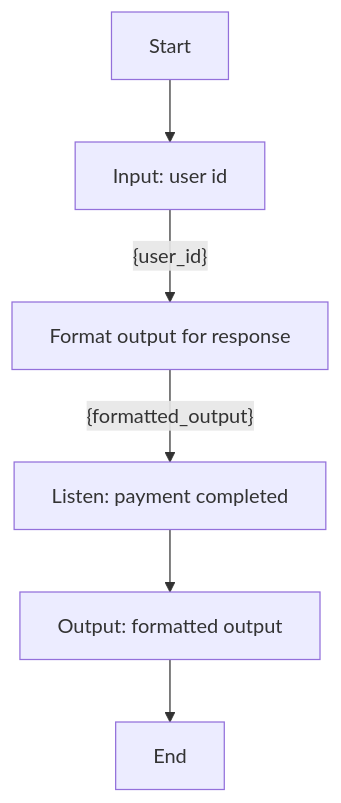
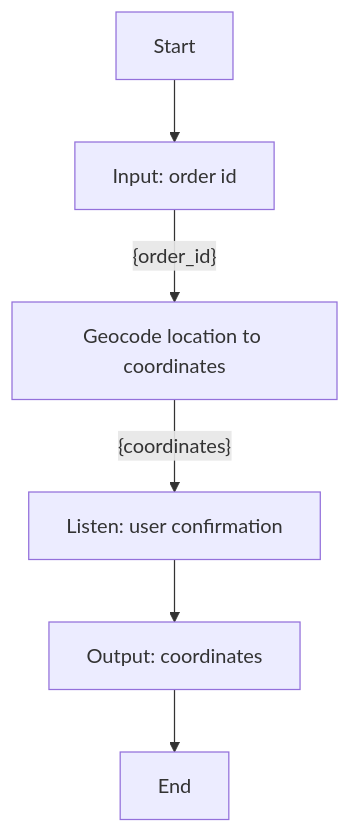
The diagram in poc-dsl-compiler/input/workflows/workflow_8.md (YJ-928/Temporal-Python-SDK), drawn with Mermaid before and after one commit. The commit also changed 52 other files, not shown here.

````diff
--- a/poc-dsl-compiler/input/workflows/workflow_8.md
+++ b/poc-dsl-compiler/input/workflows/workflow_8.md
@@ -1,8 +1,8 @@
 ```mermaid
 graph TD
-    A[Start] --> B[Input: user id]
-    B[Input: user id] -- {user_id} --> C[Format output for response]
-    C[Format output for response] -- {formatted_output} --> D[Listen: payment completed]
-    D[Listen: payment completed] --> E[Output: formatted output]
-    E[Output: formatted output] --> F[End]
+    A[Start] --> B[Input: order id]
+    B[Input: order id] -- {order_id} --> C[Geocode location to coordinates]
+    C[Geocode location to coordinates] -- {coordinates} --> D[Listen: user confirmation]
+    D[Listen: user confirmation] --> E[Output: coordinates]
+    E[Output: coordinates] --> F[End]
 ```
````
